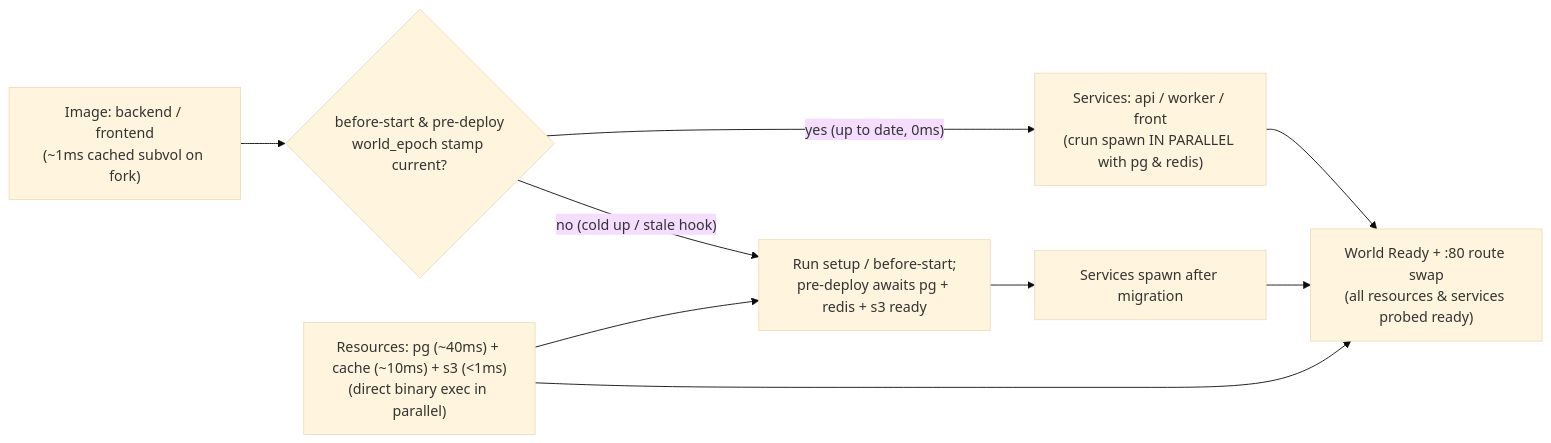
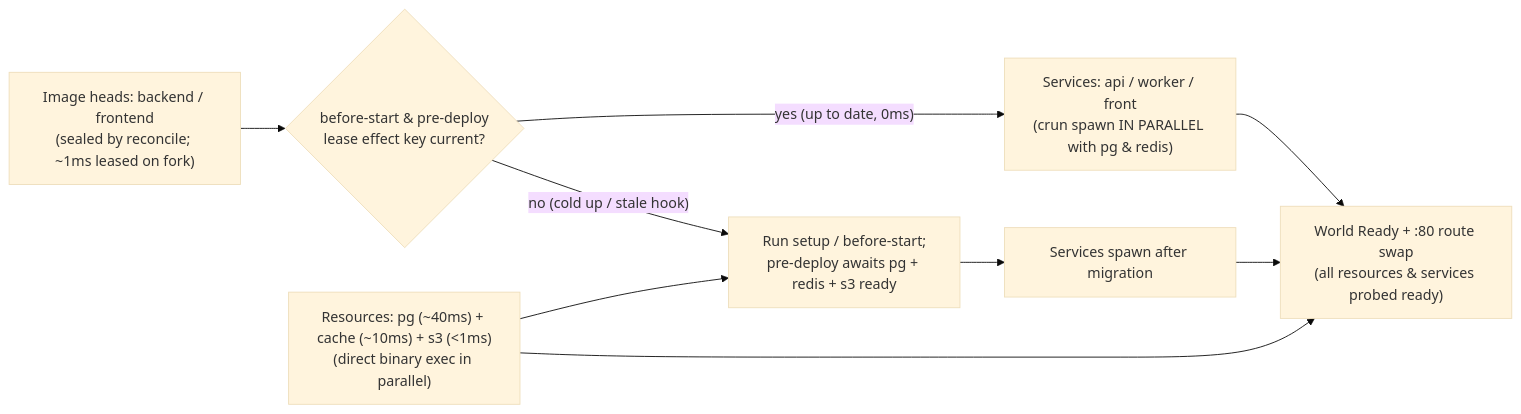
The second of 6 diagrams in specs/03-under-the-hood.md (OffworldNexus/slipfork), drawn with Mermaid (base theme) before and after one commit. The commit also changed other lines of this file, not shown here.

Commit message:
[M3.119] One Snapshot Graph: BuildGraph + SnapshotStore contract

````diff
--- a/specs/03-under-the-hood.md
+++ b/specs/03-under-the-hood.md
@@ -89,9 +89,9 @@
 ```mermaid
 flowchart LR
-  Img["Image: backend / frontend\n(~1ms cached subvol on fork)"] --> Stamp{"before-start & pre-deploy\nworld_epoch stamp current?"}
+  Img["Image heads: backend / frontend\n(sealed by reconcile; ~1ms leased on fork)"] --> Stamp{"before-start & pre-deploy\nlease effect key current?"}
   Res["Resources: pg (~40ms) + cache (~10ms) + s3 (<1ms)\n(direct binary exec in parallel)"]
   Stamp -->|"yes (up to date, 0ms)"| FastSvc["Services: api / worker / front\n(crun spawn IN PARALLEL with pg & redis)"]
   Stamp -->|"no (cold up / stale hook)"| GateHook["Run setup / before-start;\npre-deploy awaits pg + redis + s3 ready"]
   Res --> GateHook --> SlowSvc["Services spawn after migration"]
   FastSvc & SlowSvc & Res --> Ready["World Ready + :80 route swap\n(all resources & services probed ready)"]
 ```
````
